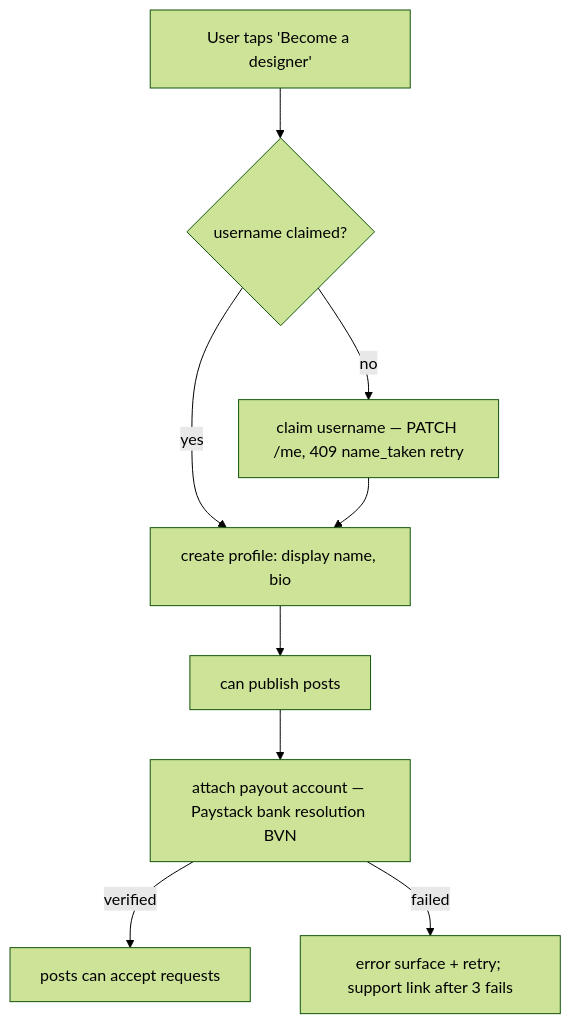
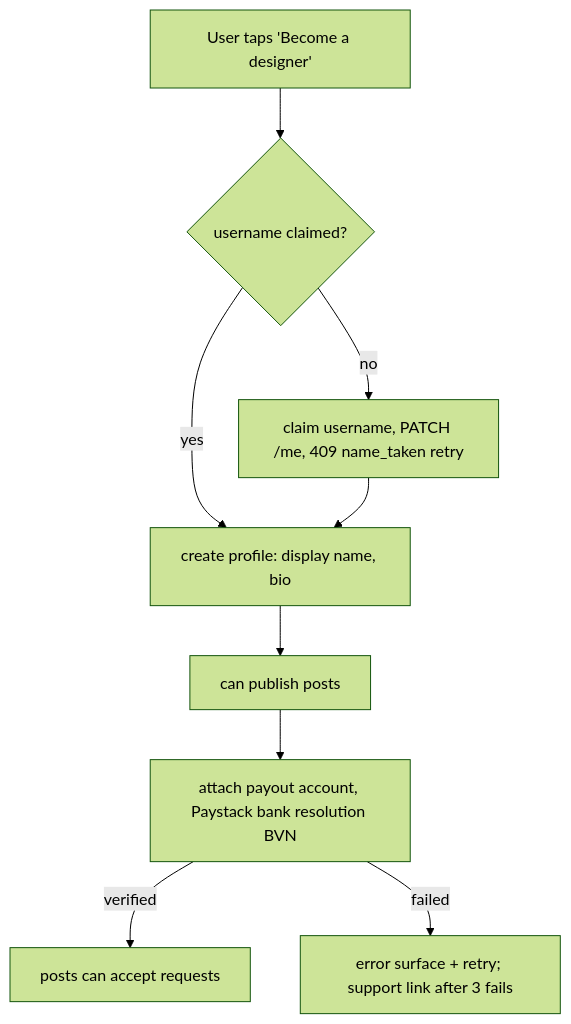
The diagram in docs/flows/designer.md (cuesoftinc/apparule), drawn with Mermaid (forest theme) before and after one commit. The commit also changed other lines of this file and 28 other files, not shown here.

````diff
--- a/docs/flows/designer.md
+++ b/docs/flows/designer.md
@@ -9,12 +9,12 @@
 ```mermaid
 flowchart TD
     U["User taps 'Become a designer'"] --> UN{username claimed?}
-    CLAIM["claim username — PATCH /me, 409 name_taken retry"]
+    CLAIM["claim username, PATCH /me, 409 name_taken retry"]
     UN -->|no| CLAIM
     UN -->|yes| PROF[create profile: display name, bio]
     CLAIM --> PROF
     PROF --> POSTOK[can publish posts]
-    POSTOK --> KYC[attach payout account — Paystack bank resolution BVN]
+    POSTOK --> KYC[attach payout account, Paystack bank resolution BVN]
     KYC -->|verified| ACCEPT[posts can accept requests]
     KYC -->|failed| RETRY[error surface + retry; support link after 3 fails]
 ```
````
